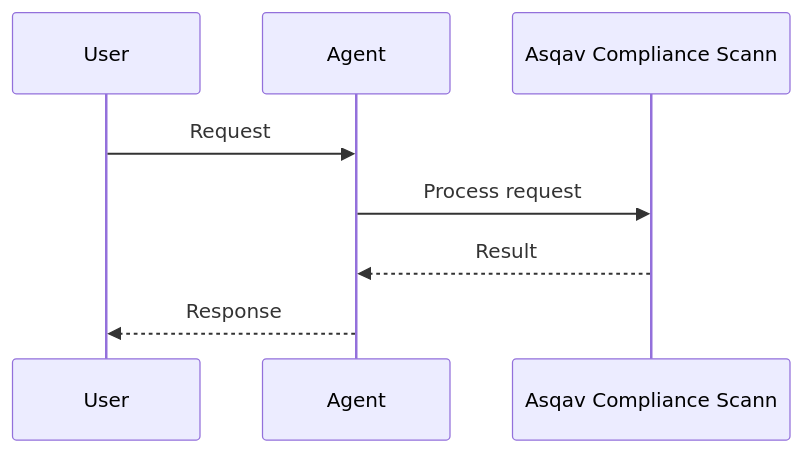
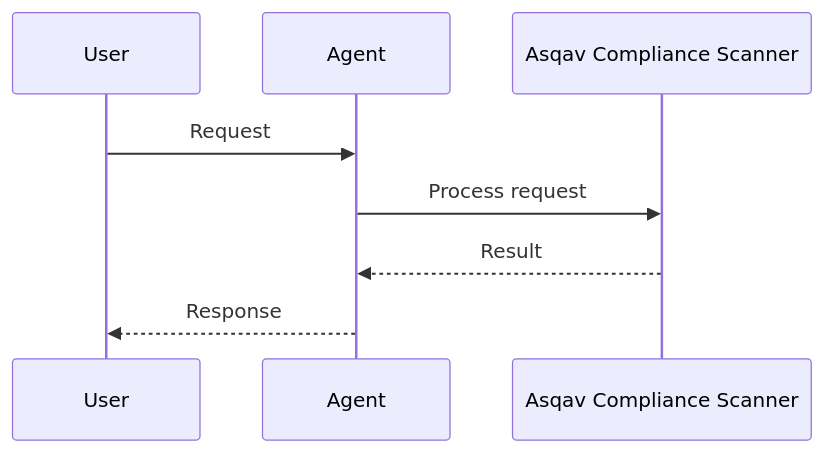
One commit to MervinPraison/PraisonAIDocs changed the second of 2 diagrams in docs/tools/asqav-compliance.mdx. Above: the diagram before and after it, drawn with Mermaid. The commit also changed 45 other files, not shown here.

First line of the commit message:
docs: fix truncated Mermaid diagram feature names (22-char cutoff)

````diff
--- a/docs/tools/asqav-compliance.mdx
+++ b/docs/tools/asqav-compliance.mdx
@@ -34,11 +34,11 @@
 ```mermaid
 sequenceDiagram
     participant User
     participant Agent
-    participant Feature as Asqav Compliance Scann
+    participant Feature as Asqav Compliance Scanner
 
     User->>Agent: Request
     Agent->>Feature: Process request
     Feature-->>Agent: Result
     Agent-->>User: Response
 ```
````
